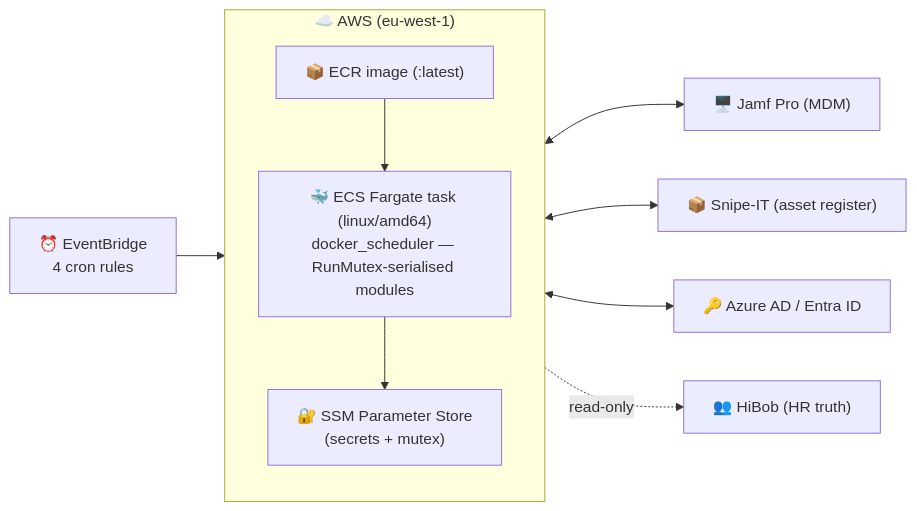
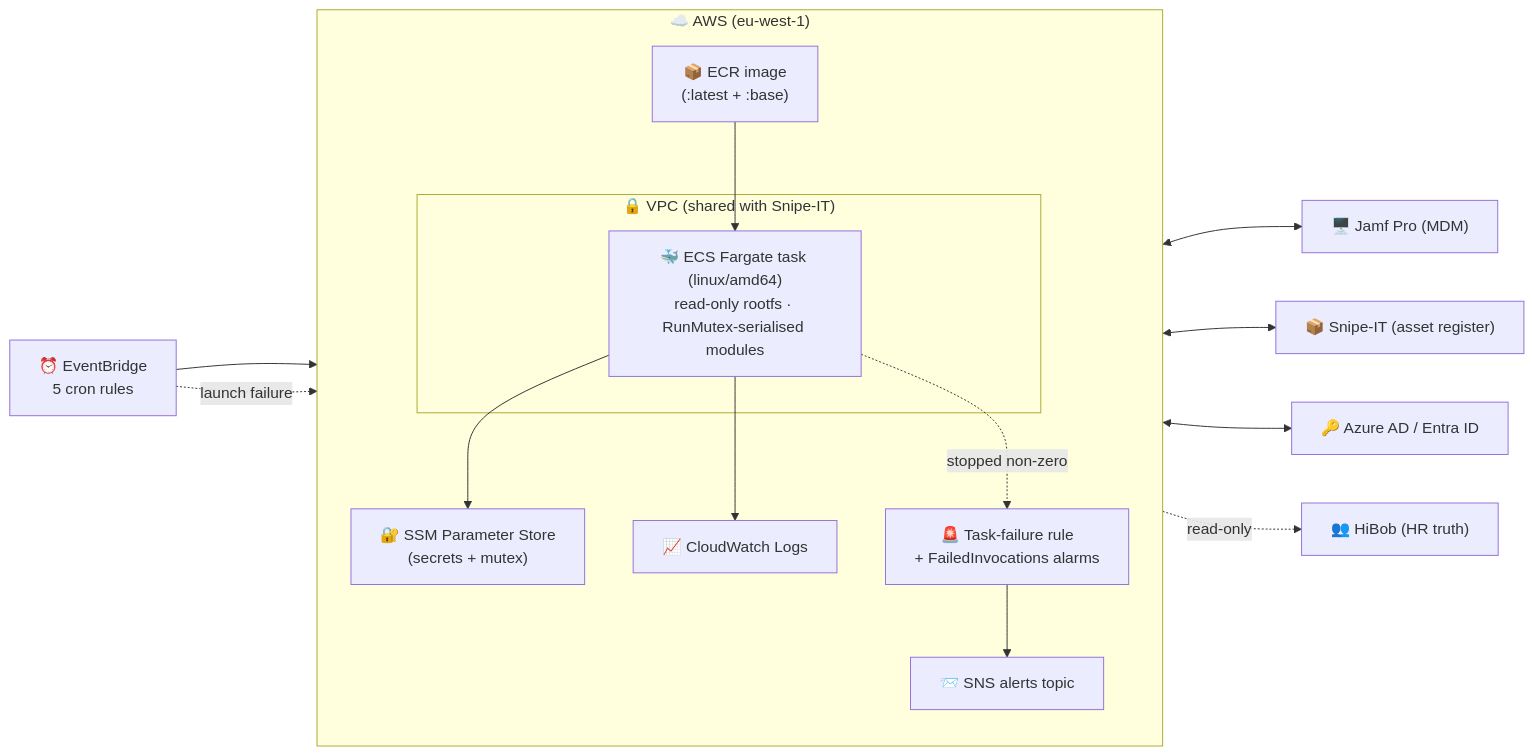
One commit to CaputoDavide93/Jamf-SnipeIT-Suite changed the first of 2 diagrams in README.md. Above: the diagram before and after it, drawn with Mermaid. The commit also changed other lines of this file and 26 other files, not shown here.

First line of the commit message:
feat: sync latest release — failure alerts, hardened image, CI checks

````diff
--- a/README.md
+++ b/README.md
@@ -62,20 +64,29 @@
 ```mermaid
 flowchart LR
-    EB["⏰ EventBridge<br>4 cron rules"]
+    EB["⏰ EventBridge<br>5 cron rules"]
 
     subgraph AWS["☁️ AWS (eu-west-1)"]
         direction TB
-        TASK["🐳 ECS Fargate task (linux/amd64)<br>docker_scheduler — RunMutex-serialised modules"]
+        subgraph VPC["🔒 VPC (shared with Snipe-IT)"]
+            TASK["🐳 ECS Fargate task (linux/amd64)<br>read-only rootfs · RunMutex-serialised modules"]
+        end
         SSM["🔐 SSM Parameter Store<br>(secrets + mutex)"]
-        ECR["📦 ECR image (:latest)"]
+        ECR["📦 ECR image<br>(:latest + :base)"]
+        CW["📈 CloudWatch Logs"]
+        ALERT["🚨 Task-failure rule<br>+ FailedInvocations alarms"]
+        SNS["📨 SNS alerts topic"]
         TASK --> SSM
         ECR --> TASK
+        TASK --> CW
+        TASK -. stopped non-zero .-> ALERT
+        ALERT --> SNS
     end
 
     EB --> TASK
+    EB -. launch failure .-> ALERT
 
     TASK <--> JAMF["🖥️ Jamf Pro (MDM)"]
     TASK <--> SNIPE["📦 Snipe-IT (asset register)"]
     TASK <--> AAD["🔑 Azure AD / Entra ID"]
     TASK -. read-only .-> HIBOB["👥 HiBob (HR truth)"]
 ```
````
